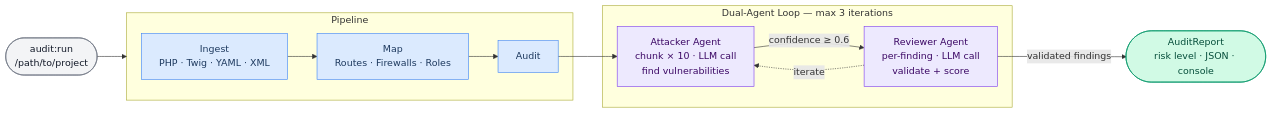
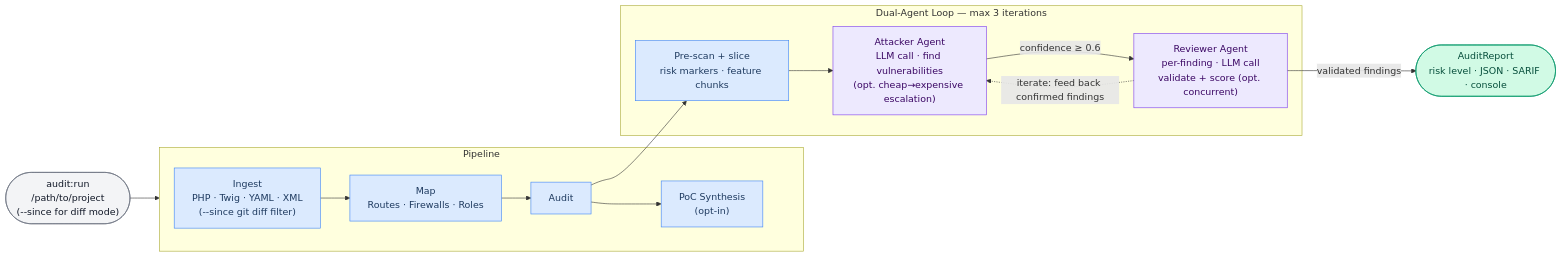
One commit to vinceAmstoutz/symfony-security-auditor changed the second of 4 diagrams in docs/diagrams.md. Above: the diagram before and after it, drawn with Mermaid. The commit also changed 96 other files, not shown here.

````diff
--- a/docs/diagrams.md
+++ b/docs/diagrams.md
@@ -42,30 +42,33 @@
 ```mermaid
 %%{init: {'theme': 'default', 'themeVariables': {'background': 'transparent'}}}%%
 flowchart LR
     classDef cmd fill:#f3f4f6,stroke:#6b7280,color:#111827
     classDef stage fill:#dbeafe,stroke:#3b82f6,color:#1e3a5f
     classDef agent fill:#ede9fe,stroke:#7c3aed,color:#3b0764
     classDef report fill:#d1fae5,stroke:#059669,color:#064e3b
 
-    CLI(["audit:run\n/path/to/project"]):::cmd
+    CLI(["audit:run\n/path/to/project\n(--since for diff mode)"]):::cmd
 
     subgraph PIPE["  Pipeline  "]
-        ING["Ingest\nPHP · Twig · YAML · XML"]:::stage
+        ING["Ingest\nPHP · Twig · YAML · XML\n(--since git diff filter)"]:::stage
         MAP["Map\nRoutes · Firewalls · Roles"]:::stage
         AUD["Audit"]:::stage
-        ING --> MAP --> AUD
+        POC["PoC Synthesis\n(opt-in)"]:::stage
+        ING --> MAP --> AUD --> POC
     end
 
     subgraph LOOP["  Dual-Agent Loop — max 3 iterations  "]
-        ATK["Attacker Agent\nchunk × 10 · LLM call\nfind vulnerabilities"]:::agent
-        REV["Reviewer Agent\nper-finding · LLM call\nvalidate + score"]:::agent
+        PRE["Pre-scan + slice\nrisk markers · feature chunks"]:::stage
+        ATK["Attacker Agent\nLLM call · find vulnerabilities\n(opt. cheap→expensive escalation)"]:::agent
+        REV["Reviewer Agent\nper-finding · LLM call\nvalidate + score (opt. concurrent)"]:::agent
+        PRE --> ATK
         ATK -- "confidence ≥ 0.6" --> REV
-        REV -. "iterate" .-> ATK
+        REV -. "iterate: feed back confirmed findings" .-> ATK
     end
 
-    RPT(["AuditReport\nrisk level · JSON · console"]):::report
+    RPT(["AuditReport\nrisk level · JSON · SARIF · console"]):::report
 
     CLI --> PIPE
-    AUD --> ATK
+    AUD --> PRE
     REV -- "validated findings" --> RPT
 ```
````
